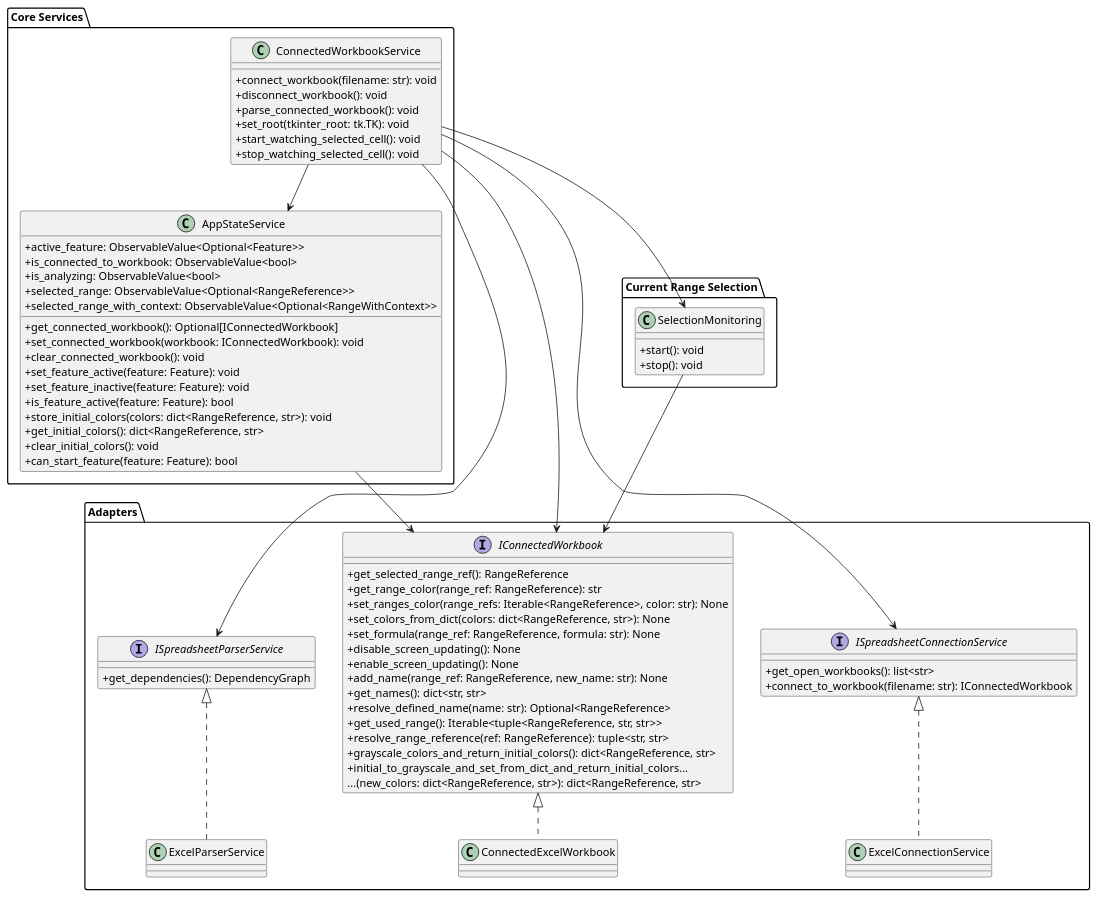
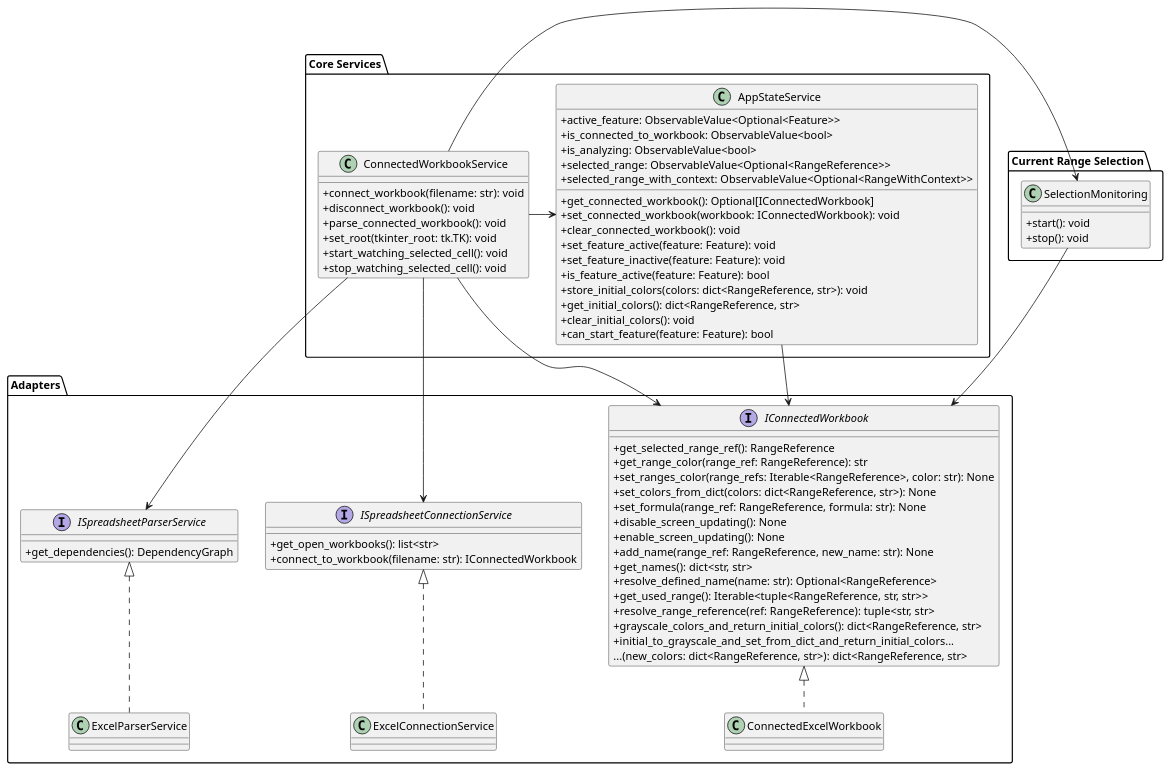
The diagram in diagrams/plantuml/architecture/class_diagram_core-services_adapters.puml (ByeByeExcel/SpreadsheetExplorer), drawn with PlantUML before and after one commit. The commit also changed 8 other files, not shown here.

Commit message:
* new & updated diagrams * fix bug: update dependencyGraph after renaming

```diff
--- a/diagrams/plantuml/architecture/class_diagram_core-services_adapters.puml
+++ b/diagrams/plantuml/architecture/class_diagram_core-services_adapters.puml
@@ -1,90 +1,90 @@
 @startuml
 skinparam classAttributeIconSize 0
 top to bottom direction
 
+package "Current Range Selection"{
+    class SelectionMonitoring {
+        + start(): void
+        + stop(): void
+    }
+}
 ' === ADAPTERS PACKAGE ===
 package "Adapters" {
 interface IConnectedWorkbook {
     + get_selected_range_ref(): RangeReference
     + get_range_color(range_ref: RangeReference): str
     + set_ranges_color(range_refs: Iterable<RangeReference>, color: str): None
     + set_colors_from_dict(colors: dict<RangeReference, str>): None
     + set_formula(range_ref: RangeReference, formula: str): None
     + disable_screen_updating(): None
     + enable_screen_updating(): None
     + add_name(range_ref: RangeReference, new_name: str): None
     + get_names(): dict<str, str>
     + resolve_defined_name(name: str): Optional<RangeReference>
     + get_used_range(): Iterable<tuple<RangeReference, str, str>>
     + resolve_range_reference(ref: RangeReference): tuple<str, str>
     + grayscale_colors_and_return_initial_colors(): dict<RangeReference, str>
     + initial_to_grayscale_and_set_from_dict_and_return_initial_colors...\n...(new_colors: dict<RangeReference, str>): dict<RangeReference, str>
     }
 
     interface ISpreadsheetParserService {
         + get_dependencies(): DependencyGraph
     }
 
     interface ISpreadsheetConnectionService {
         + get_open_workbooks(): list<str>
         + connect_to_workbook(filename: str): IConnectedWorkbook
     }
 
     class ConnectedExcelWorkbook
     class ExcelParserService
     class ExcelConnectionService
 
     ConnectedExcelWorkbook .up.|> IConnectedWorkbook
     ExcelParserService .up.|> ISpreadsheetParserService
     ExcelConnectionService .up.|> ISpreadsheetConnectionService
 }
 
 ' === SERVICES PACKAGE ===
 package "Core Services" {
     class ConnectedWorkbookService {
         + connect_workbook(filename: str): void
         + disconnect_workbook(): void
         + parse_connected_workbook(): void
         + set_root(tkinter_root: tk.TK): void
         + start_watching_selected_cell(): void
         + stop_watching_selected_cell(): void
     }
 
     class AppStateService {
         +active_feature: ObservableValue<Optional<Feature>>
         +is_connected_to_workbook: ObservableValue<bool>
         +is_analyzing: ObservableValue<bool>
         +selected_range: ObservableValue<Optional<RangeReference>>
         +selected_range_with_context: ObservableValue<Optional<RangeWithContext>>
 
         + get_connected_workbook(): Optional[IConnectedWorkbook]
         + set_connected_workbook(workbook: IConnectedWorkbook): void
         + clear_connected_workbook(): void
         + set_feature_active(feature: Feature): void
         + set_feature_inactive(feature: Feature): void
         + is_feature_active(feature: Feature): bool
         + store_initial_colors(colors: dict<RangeReference, str>): void
         + get_initial_colors(): dict<RangeReference, str>
         + clear_initial_colors(): void
         + can_start_feature(feature: Feature): bool
     }
 
-    ConnectedWorkbookService --> AppStateService
+    ConnectedWorkbookService -right-> AppStateService
 
 }
 
-package "Current Range Selection"{
-    class SelectionMonitoring {
-        + start(): void
-        + stop(): void
-    }
-}
 
-SelectionMonitoring --> IConnectedWorkbook
+SelectionMonitoring -right-> IConnectedWorkbook
 AppStateService --> IConnectedWorkbook
 ConnectedWorkbookService --> IConnectedWorkbook
 ConnectedWorkbookService --> ISpreadsheetParserService
 ConnectedWorkbookService --> ISpreadsheetConnectionService
-ConnectedWorkbookService --> SelectionMonitoring
+ConnectedWorkbookService -left-> SelectionMonitoring
 
 @enduml
```
